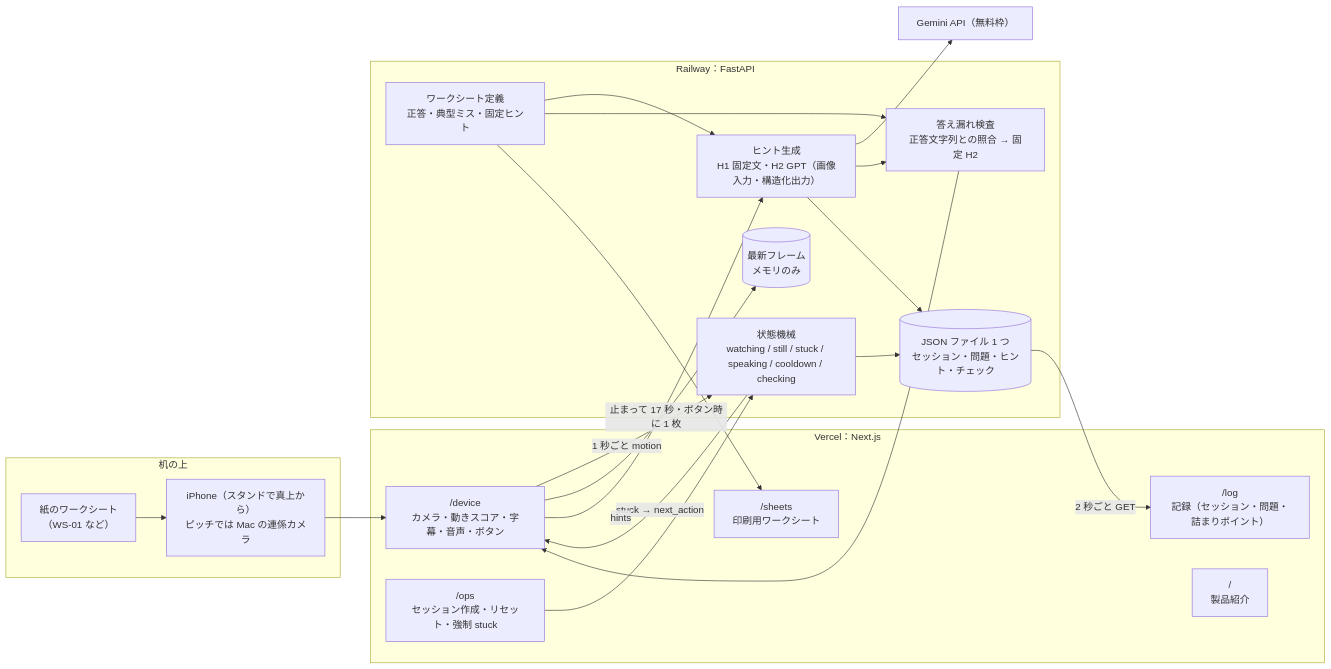
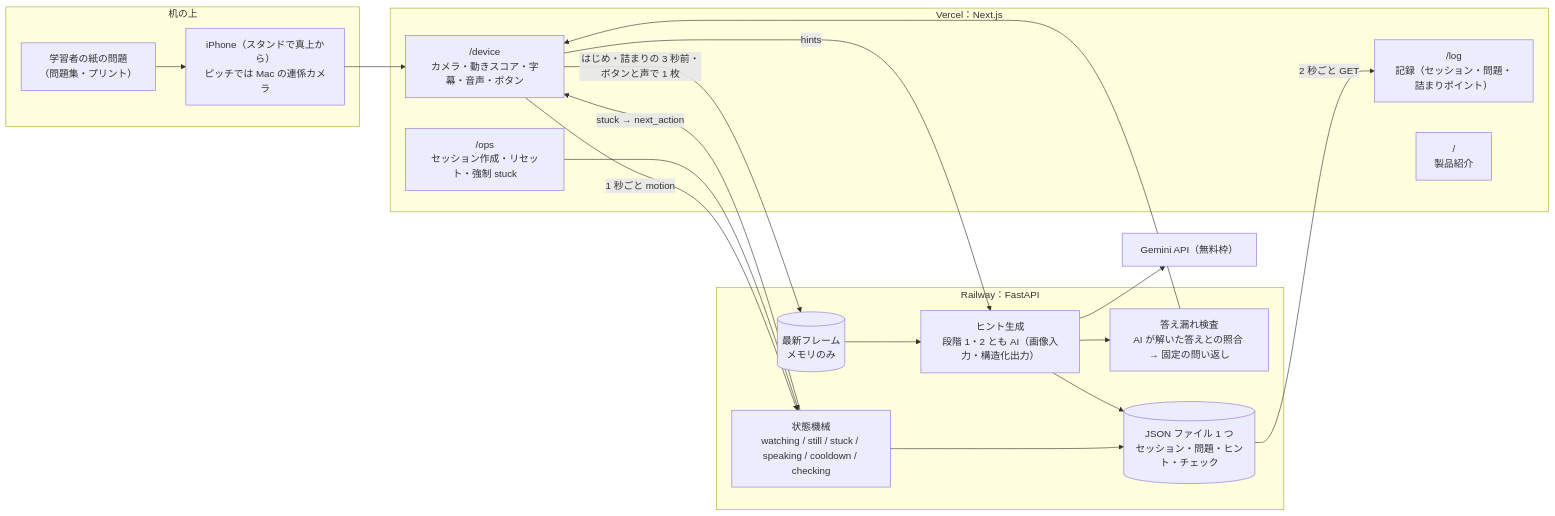
The first of 4 diagrams in docs/02_architecture.md (jphacks/os_2601), drawn with Mermaid before and after one commit. The commit also changed other lines of this file and 39 other files, not shown here.

First line of the commit message:
api・web: source と healthz の gpt を ai にし、使っていない /worksheets と入力を消す ADR 0040 (#81)

````diff
--- a/docs/02_architecture.md
+++ b/docs/02_architecture.md
@@ -7,36 +7,32 @@
 ```mermaid
 flowchart LR
   subgraph desk["机の上"]
-    SHEET["紙のワークシート<br/>（WS-01 など）"]
+    SHEET["学習者の紙の問題<br/>（問題集・プリント）"]
     PHONE["iPhone（スタンドで真上から）<br/>ピッチでは Mac の連係カメラ"]
   end
   subgraph front["Vercel：Next.js"]
     DEV["/device<br/>カメラ・動きスコア・字幕・音声・ボタン"]
     OPS["/ops<br/>セッション作成・リセット・強制 stuck"]
     LOG["/log<br/>記録（セッション・問題・詰まりポイント）"]
-    SHT["/sheets<br/>印刷用ワークシート"]
     TOP["/<br/>製品紹介"]
   end
   subgraph api["Railway：FastAPI"]
     SM["状態機械<br/>watching / still / stuck / speaking / cooldown / checking"]
-    HG["ヒント生成<br/>H1 固定文・H2 GPT（画像入力・構造化出力）"]
-    LC["答え漏れ検査<br/>正答文字列との照合 → 固定 H2"]
+    HG["ヒント生成<br/>段階 1・2 とも AI（画像入力・構造化出力）"]
+    LC["答え漏れ検査<br/>AI が解いた答えとの照合 → 固定の問い返し"]
     MEM[("最新フレーム<br/>メモリのみ")]
     JSON[("JSON ファイル 1 つ<br/>セッション・問題・ヒント・チェック")]
-    WS["ワークシート定義<br/>正答・典型ミス・固定ヒント"]
   end
-  GPT["Gemini API（無料枠）"]
+  AI["Gemini API（無料枠）"]
   SHEET --> PHONE --> DEV
   DEV -->|"1 秒ごと motion"| SM
-  DEV -->|"止まって 17 秒・ボタン時に 1 枚"| MEM
+  DEV -->|"はじめ・詰まりの 3 秒前・ボタンと声で 1 枚"| MEM
+  MEM --> HG
   SM -->|"stuck → next_action"| DEV
-  DEV -->|"hints"| HG --> GPT
+  DEV -->|"hints"| HG --> AI
   HG --> LC --> DEV
-  WS --> HG
-  WS --> LC
   SM --> JSON
   HG --> JSON
   JSON -->|"2 秒ごと GET"| LOG
   OPS --> SM
-  WS --> SHT
 ```
````
